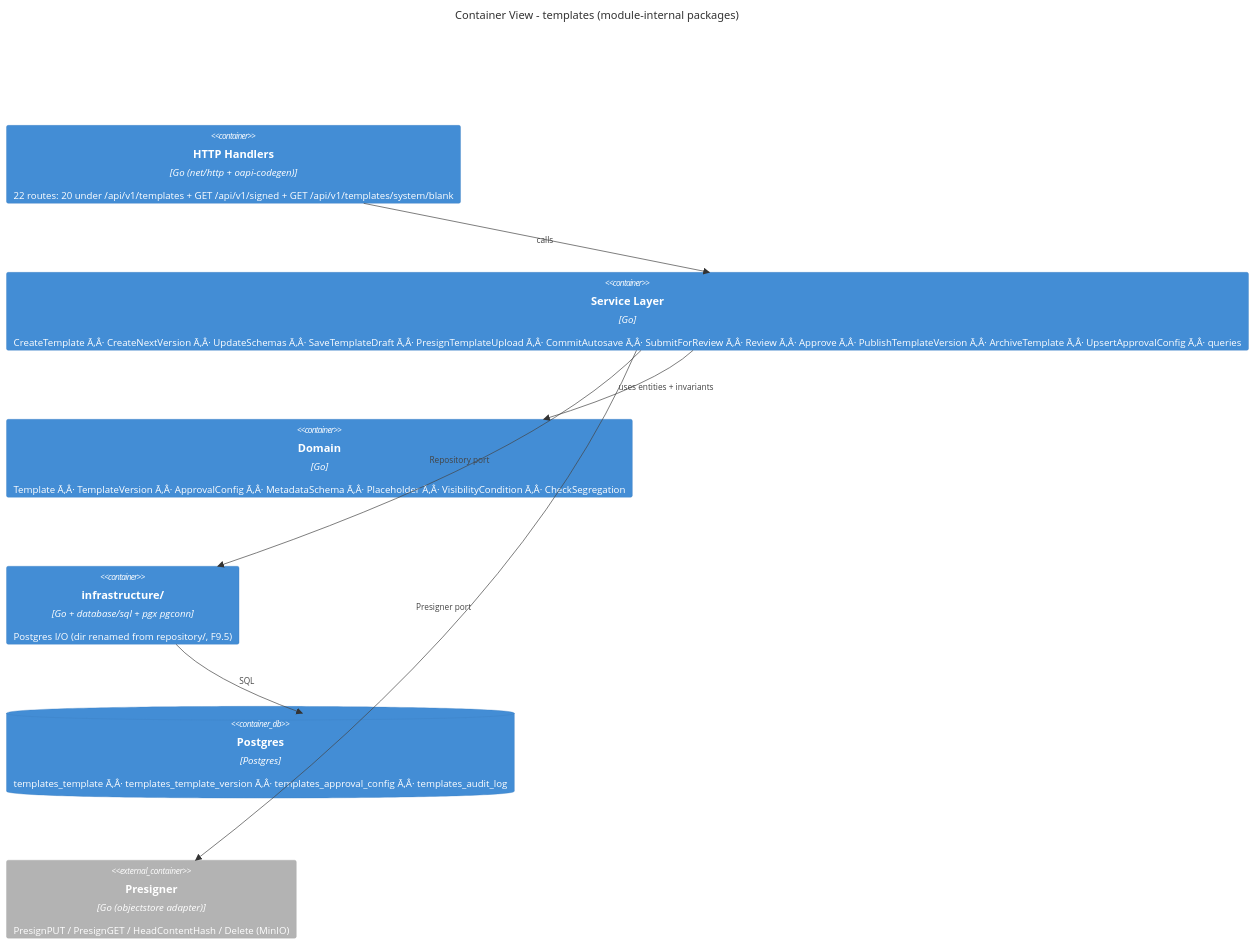
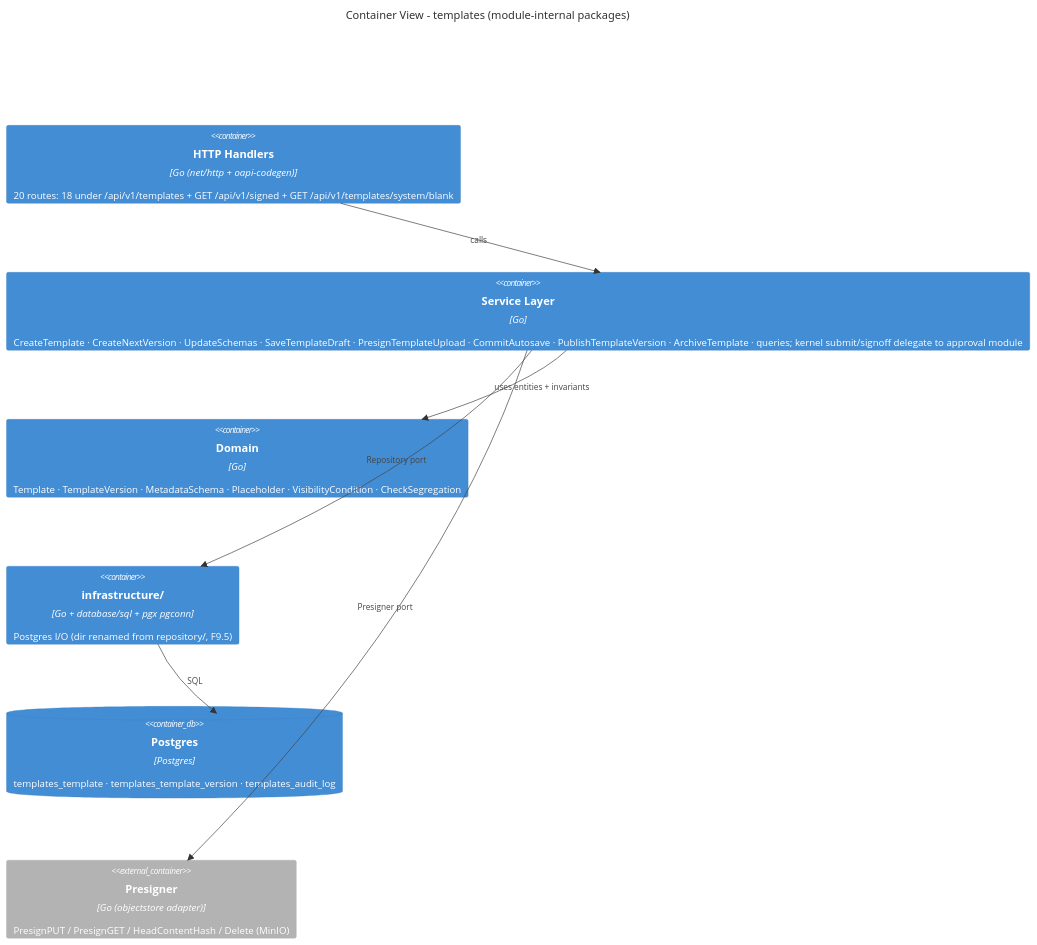
Before and after one commit to developmentconexus-ops/MetalDocs: the second of 5 diagrams in wiki/modules/templates.md, drawn with Mermaid. The commit also changed other lines of this file and 7 other files, not shown here.

First line of the commit message:
docs(templates): retire legacy approval path from wiki (3.1a S6)

````diff
--- a/wiki/modules/templates.md
+++ b/wiki/modules/templates.md
@@ -154,15 +153,15 @@
 ```mermaid
 C4Container
     title Container View - templates (module-internal packages)
-    Container(http, "HTTP Handlers", "Go (net/http + oapi-codegen)", "22 routes: 20 under /api/v1/templates + GET /api/v1/signed + GET /api/v1/templates/system/blank")
-    Container(svc, "Service Layer", "Go", "CreateTemplate Ã‚Â· CreateNextVersion Ã‚Â· UpdateSchemas Ã‚Â· SaveTemplateDraft Ã‚Â· PresignTemplateUpload Ã‚Â· CommitAutosave Ã‚Â· SubmitForReview Ã‚Â· Review Ã‚Â· Approve Ã‚Â· PublishTemplateVersion Ã‚Â· ArchiveTemplate Ã‚Â· UpsertApprovalConfig Ã‚Â· queries")
-    Container(domain, "Domain", "Go", "Template Ã‚Â· TemplateVersion Ã‚Â· ApprovalConfig Ã‚Â· MetadataSchema Ã‚Â· Placeholder Ã‚Â· VisibilityCondition Ã‚Â· CheckSegregation")
+    Container(http, "HTTP Handlers", "Go (net/http + oapi-codegen)", "20 routes: 18 under /api/v1/templates + GET /api/v1/signed + GET /api/v1/templates/system/blank")
+    Container(svc, "Service Layer", "Go", "CreateTemplate · CreateNextVersion · UpdateSchemas · SaveTemplateDraft · PresignTemplateUpload · CommitAutosave · PublishTemplateVersion · ArchiveTemplate · queries; kernel submit/signoff delegate to approval module")
+    Container(domain, "Domain", "Go", "Template · TemplateVersion · MetadataSchema · Placeholder · VisibilityCondition · CheckSegregation")
     Container(repo, "infrastructure/", "Go + database/sql + pgx pgconn", "Postgres I/O (dir renamed from repository/, F9.5)")
-    ContainerDb(db, "Postgres", "Postgres", "templates_template Ã‚Â· templates_template_version Ã‚Â· templates_approval_config Ã‚Â· templates_audit_log")
+    ContainerDb(db, "Postgres", "Postgres", "templates_template · templates_template_version · templates_audit_log")
     Container_Ext(presigner, "Presigner", "Go (objectstore adapter)", "PresignPUT / PresignGET / HeadContentHash / Delete (MinIO)")
     Rel(http, svc, "calls")
     Rel(svc, domain, "uses entities + invariants")
     Rel(svc, repo, "Repository port")
     Rel(svc, presigner, "Presigner port")
     Rel(repo, db, "SQL")
 ```
````
